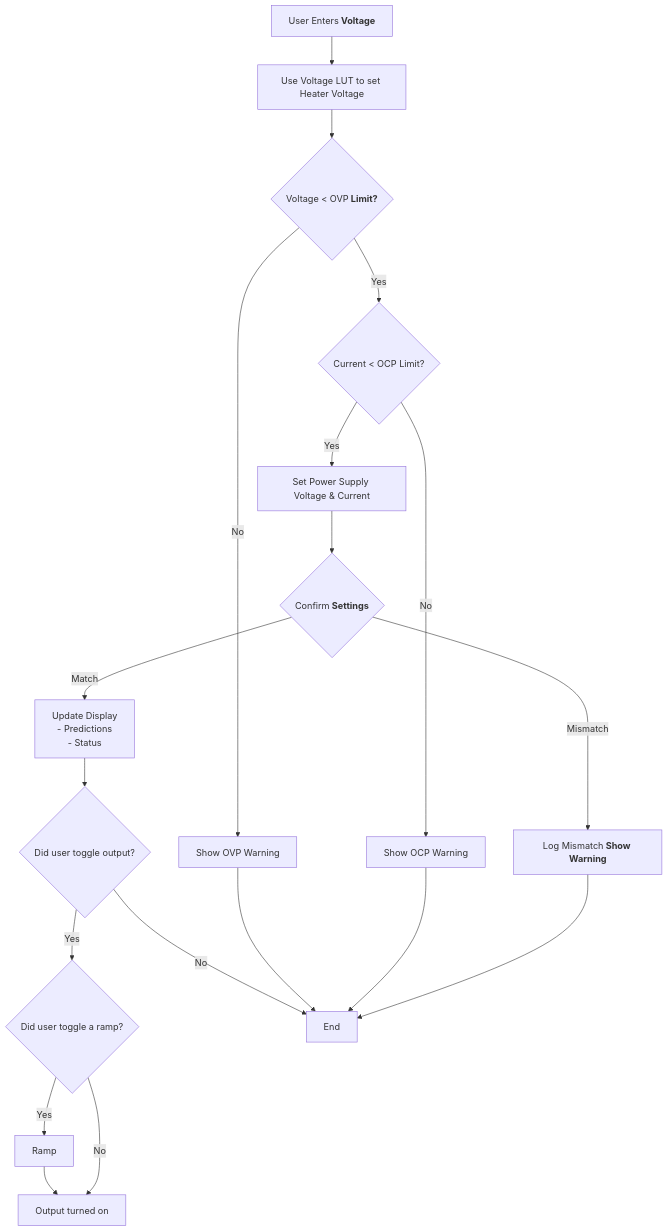
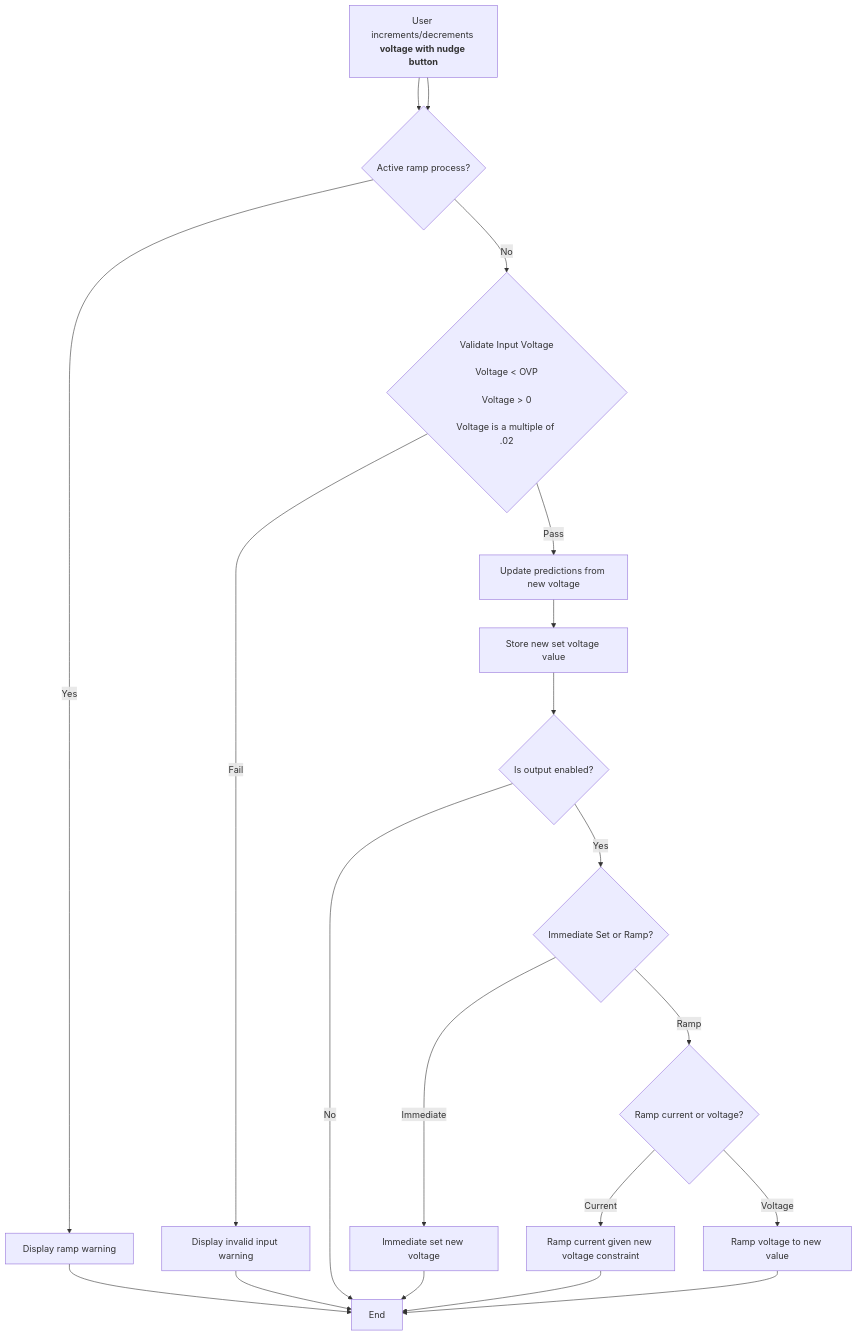
One commit to uw-loci/EBEAM_dashboard changed the fourth of 4 diagrams in subsystem/cathode_heating/README.md. Above: the diagram before and after it, drawn with Mermaid. The commit also changed other lines of this file and 1 other file, not shown here.

Commit message:
Updated README for setting voltage

````diff
--- a/subsystem/cathode_heating/README.md
+++ b/subsystem/cathode_heating/README.md
@@ -191,32 +191,36 @@
 ```mermaid
 flowchart TB
-    Input["User Enters<b> Voltage"] --> LUT["Use Voltage LUT to set Heater Voltage"]
-    
+    Input["User enters<b> voltage <b>using textbox"] --> ActiveRamp{"Active ramp process?"}
+    Input["User increments/decrements<b> voltage <b>with nudge button"] --> ActiveRamp
 
-    LUT --> CheckOVP{"Voltage < OVP<b> Limit?"}
-    
-    CheckOVP -->|No| OVPWarn["Show OVP Warning"]
-    CheckOVP -->|Yes| CheckOCP{"Current < OCP Limit?"}
+    ActiveRamp -->|No| ValidateVoltage{"Validate Input Voltage
+                                        Voltage < OVP
+                                        Voltage > 0
+                                        Voltage is a multiple of .02"}
+    ActiveRamp -->|Yes| RampWarn["Display ramp warning"]
 
-    CheckOCP -->|No| OCPWarn["Show OCP Warning"]
-    CheckOCP -->|Yes| SetPS["Set Power Supply Voltage & Current"]
-    
-    SetPS --> Confirm{"Confirm<b> Settings"}
-    
-    Confirm -->|Match| UpdateDisplay["Update Display 
-                                     - Predictions 
-                                     - Status"]
-    Confirm -->|Mismatch| LogError["Log Mismatch<b> Show Warning"]
+    RampWarn --> End
 
-    UpdateDisplay --> OutputToggle{"Did user toggle output?"}
+    ValidateVoltage -->|Fail| DispWarn["Display invalid input warning"]
+    ValidateVoltage -->|Pass| UpdatePredictions["Update predictions from new voltage"]
 
-    OutputToggle --> |Yes| RampToggle{"Did user toggle a ramp?"}
+    DispWarn --> End
 
-    RampToggle --> |Yes| Ramp --> OutputOn["Output turned on"]
-    RampToggle --> |No| OutputOn
-    OutputToggle --> |No| End
+    UpdatePredictions --> StoreVoltage["Store new set voltage value"]
 
-    OVPWarn --> End
-    OCPWarn --> End
-    LogError --> End
+    StoreVoltage --> UpdateOutput{"Is output enabled?"}
+
+    UpdateOutput -->|No| End
+    UpdateOutput -->|Yes| OutputMode{"Immediate Set or Ramp?"}
+
+    OutputMode -->|Immediate| SetOutput["Immediate set new voltage"]
+    OutputMode -->|Ramp| RampMode{"Ramp current or voltage?"}
+
+    SetOutput --> End
+
+    RampMode -->|Current| RampCurrent["Ramp current given new voltage constraint"]
+    RampMode -->|Voltage| RampVoltage["Ramp voltage to new value"]
+
+    RampCurrent --> End
+    RampVoltage --> End
 ```
````
